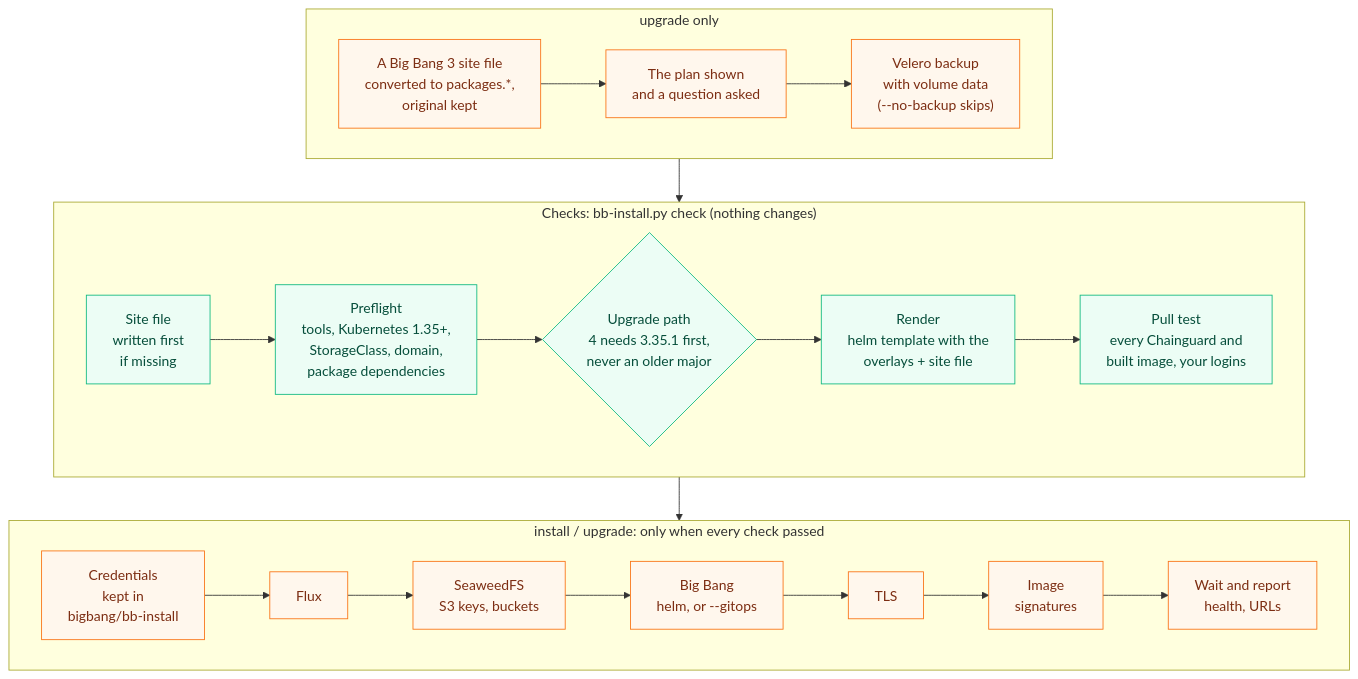
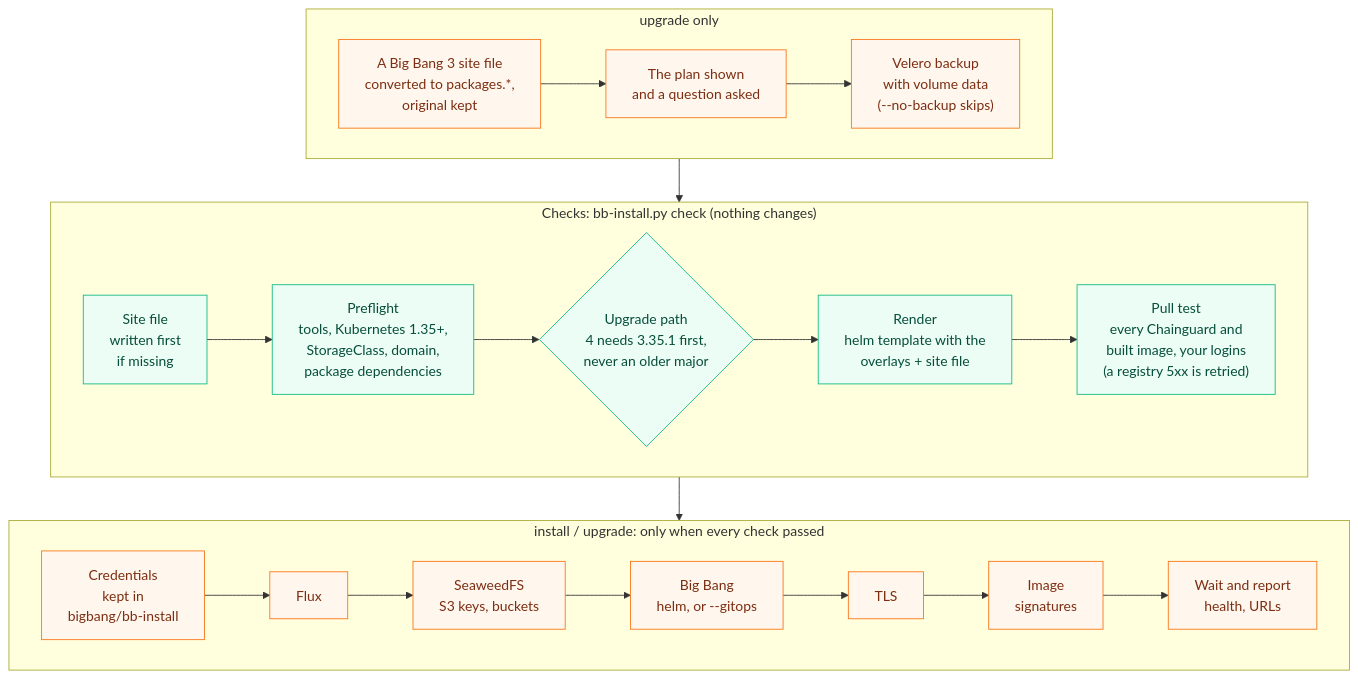
The fourth of 9 diagrams in docs/architecture.md (Zapata-Technology/bigbang-chainguard), drawn with Mermaid before and after one commit. The commit also changed other lines of this file and 7 other files, not shown here.

````diff
--- a/docs/architecture.md
+++ b/docs/architecture.md
@@ -149,33 +157,33 @@
 ```mermaid
 flowchart TB
     subgraph UPG["upgrade only"]
         direction LR
         MG["A Big Bang 3 site file<br/>converted to packages.*,<br/>original kept"] --> PL["The plan shown<br/>and a question asked"]
         PL --> VB["Velero backup<br/>with volume data<br/>(--no-backup skips)"]
     end
 
     subgraph CHK["Checks: bb-install.py check (nothing changes)"]
         direction LR
         SF["Site file<br/>written first<br/>if missing"] --> PF["Preflight<br/>tools, Kubernetes 1.35+,<br/>StorageClass, domain,<br/>package dependencies"]
         PF --> UP{"Upgrade path<br/>4 needs 3.35.1 first,<br/>never an older major"}
         UP --> RD["Render<br/>helm template with the<br/>overlays + site file"]
-        RD --> PC["Pull test<br/>every Chainguard and<br/>built image, your logins"]
+        RD --> PC["Pull test<br/>every Chainguard and<br/>built image, your logins<br/>(a registry 5xx is retried)"]
     end
 
     subgraph INS["install / upgrade: only when every check passed"]
         direction LR
         CR["Credentials<br/>kept in<br/>bigbang/bb-install"] --> FX["Flux"]
         FX --> SW["SeaweedFS<br/>S3 keys, buckets"]
         SW --> BB["Big Bang<br/>helm, or --gitops"]
         BB --> TL["TLS"]
         TL --> SG["Image<br/>signatures"]
         SG --> W["Wait and report<br/>health, URLs"]
     end
 
     UPG --> CHK --> INS
 
     classDef check fill:#ecfdf5,stroke:#10b981,color:#064e3b
     classDef act fill:#fff7ed,stroke:#f97316,color:#7c2d12
     class SF,PF,UP,RD,PC check
     class CR,FX,SW,BB,TL,SG,W,MG,PL,VB act
 ```
````
